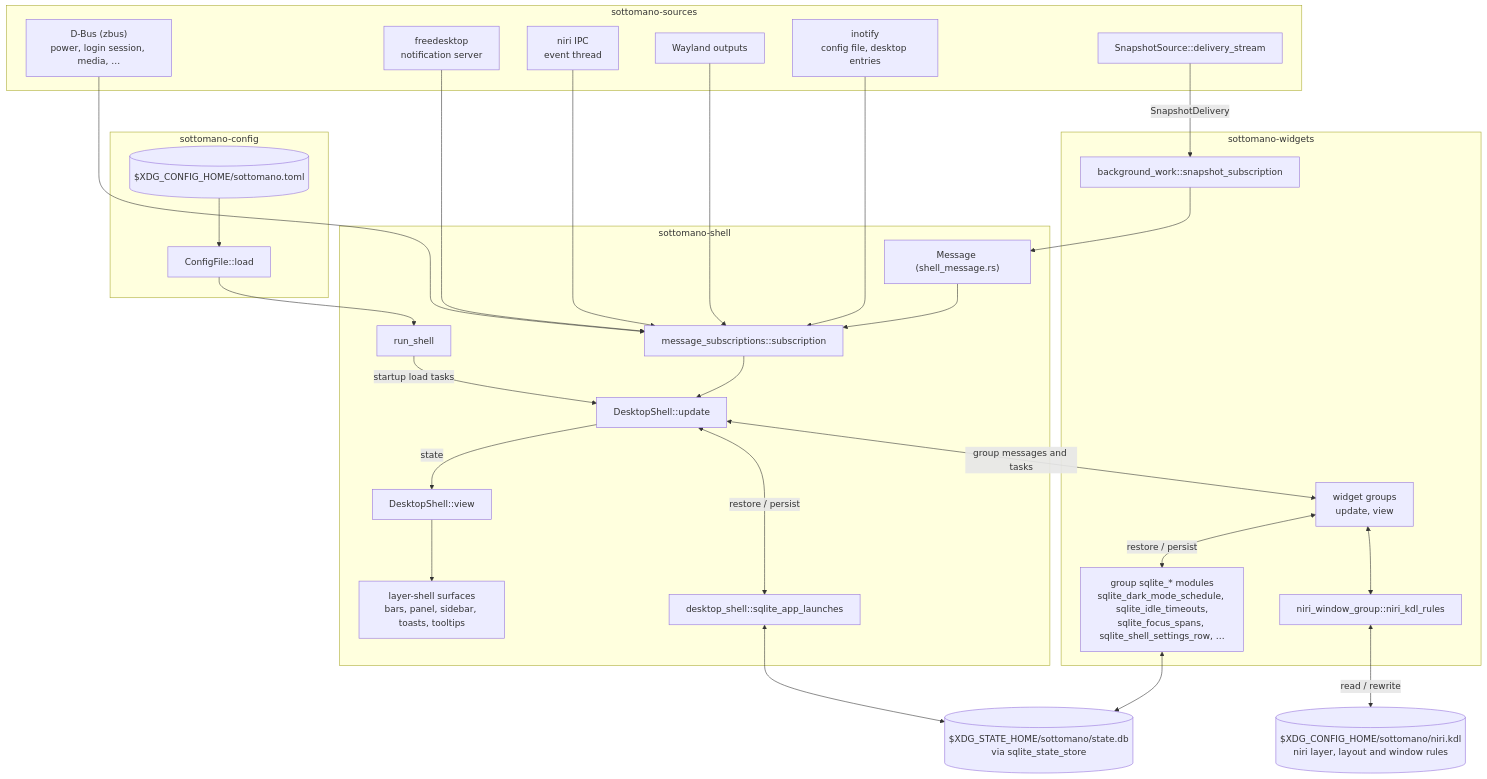
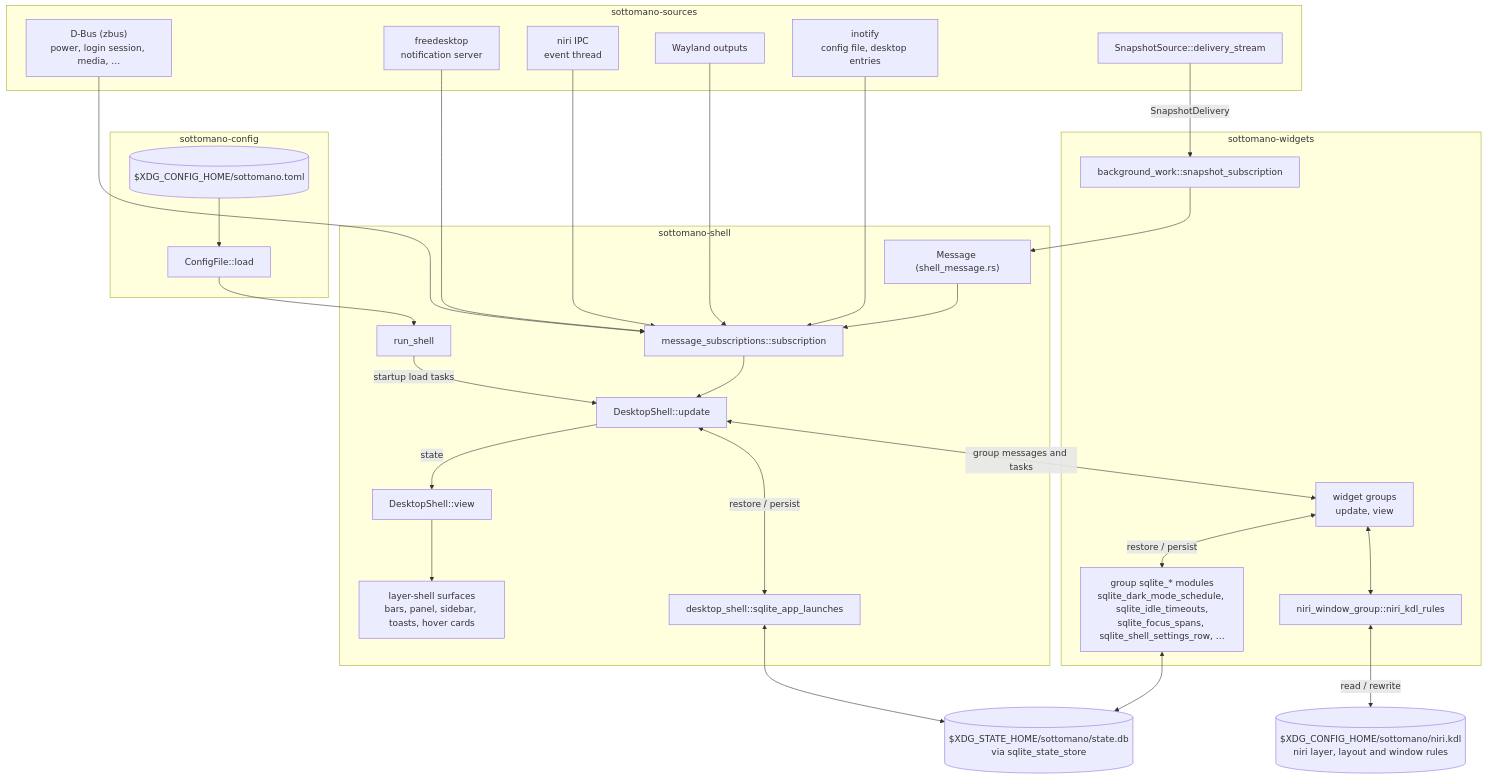
One commit to wvhulle/sottomano changed the first of 3 diagrams in docs/development.md. Above: the diagram before and after it, drawn with Mermaid. The commit also changed other lines of this file and 232 other files, not shown here.

First line of the commit message:
refactor: call tooltips hover cards

````diff
--- a/docs/development.md
+++ b/docs/development.md
@@ -29,53 +29,53 @@
 ```mermaid
 flowchart TB
   subgraph sources_crate [sottomano-sources]
     desktop_bus["D-Bus (zbus)<br>power, login session, media, …"]
     notification_server["freedesktop<br>notification server"]
     niri_event_thread["niri IPC<br>event thread"]
     wayland_outputs["Wayland outputs"]
     file_watches["inotify<br>config file, desktop entries"]
     snapshot_sources["SnapshotSource::delivery_stream"]
   end
 
   subgraph config_crate [sottomano-config]
     config_file[("$XDG_CONFIG_HOME/sottomano.toml")]
     config_loading["ConfigFile::load"]
     config_file --> config_loading
   end
 
   subgraph widgets_crate [sottomano-widgets]
     snapshot_subscription["background_work::snapshot_subscription"]
     widget_groups["widget groups<br>update, view"]
     group_stores["group sqlite_* modules<br>sqlite_dark_mode_schedule, sqlite_idle_timeouts,<br>sqlite_focus_spans, sqlite_shell_settings_row, …"]
     niri_kdl_rules["niri_window_group::niri_kdl_rules"]
     widget_groups <-->|restore / persist| group_stores
     widget_groups <--> niri_kdl_rules
   end
 
   subgraph shell_crate [sottomano-shell]
     run_shell["run_shell"]
     shell_message["Message (shell_message.rs)"]
     message_subscriptions["message_subscriptions::subscription"]
     shell_update["DesktopShell::update"]
     shell_view["DesktopShell::view"]
     sqlite_app_launches["desktop_shell::sqlite_app_launches"]
-    layer_surfaces["layer-shell surfaces<br>bars, panel, sidebar, toasts, tooltips"]
+    layer_surfaces["layer-shell surfaces<br>bars, panel, sidebar, toasts, hover cards"]
     run_shell -->|startup load tasks| shell_update
     shell_message --> message_subscriptions
     message_subscriptions --> shell_update
     shell_update -->|state| shell_view
     shell_view --> layer_surfaces
     shell_update <-->|restore / persist| sqlite_app_launches
   end
 
   sqlite_state_store[("$XDG_STATE_HOME/sottomano/state.db<br>via sqlite_state_store")]
   niri_kdl_file[("$XDG_CONFIG_HOME/sottomano/niri.kdl<br>niri layer, layout and window rules")]
 
   config_loading --> run_shell
   desktop_bus & notification_server & niri_event_thread & wayland_outputs & file_watches --> message_subscriptions
   snapshot_sources -->|SnapshotDelivery| snapshot_subscription
   snapshot_subscription --> shell_message
   shell_update <-->|group messages and tasks| widget_groups
   group_stores & sqlite_app_launches <--> sqlite_state_store
   niri_kdl_rules <-->|read / rewrite| niri_kdl_file
 ```
````
